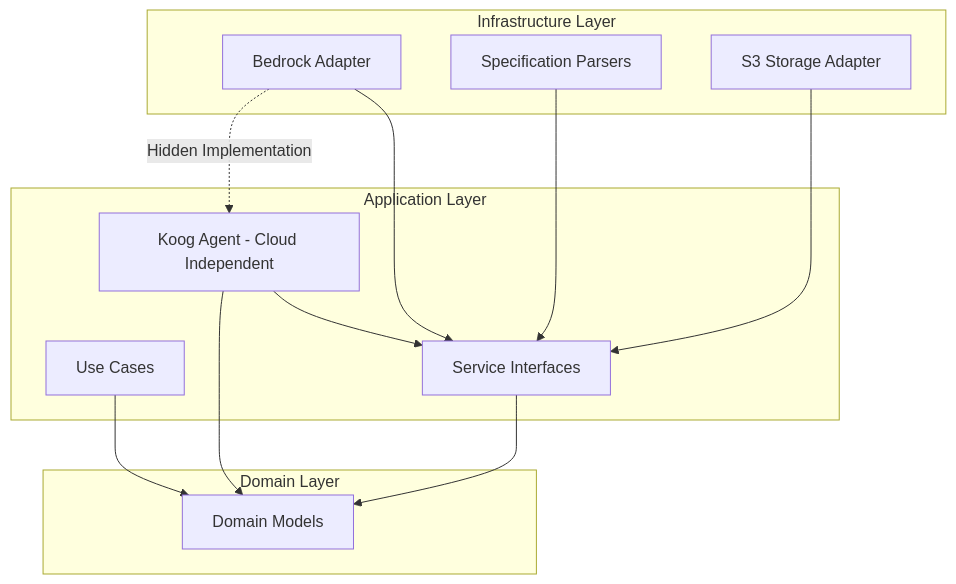
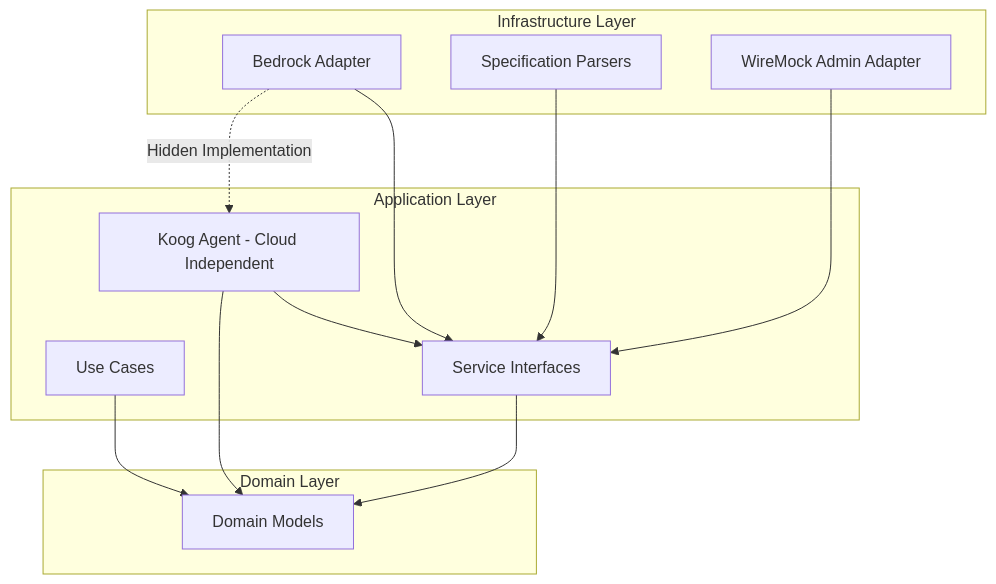
Before and after one commit to elenavanengelenmaslova/mocknest-serverless: the second of 2 diagrams in .kiro/specs/ai-mock-generation/design.md, drawn with Mermaid. The commit also changed other lines of this file and 2 other files, not shown here.

````diff
--- a/.kiro/specs/ai-mock-generation/design.md
+++ b/.kiro/specs/ai-mock-generation/design.md
@@ -114,29 +110,29 @@
 ```mermaid
 flowchart TB
     subgraph Domain["Domain Layer"]
         MODELS[Domain Models]
     end
     
     subgraph Application["Application Layer"]
         USECASES[Use Cases]
         KOOG[Koog Agent - Cloud Independent]
         INTERFACES[Service Interfaces]
     end
     
     subgraph Infrastructure["Infrastructure Layer"]
         BEDROCK[Bedrock Adapter]
         PARSERS[Specification Parsers]
-        STORAGE[S3 Storage Adapter]
+        WIREMOCK[WireMock Admin Adapter]
     end
     
     USECASES --> MODELS
     KOOG --> INTERFACES
     KOOG --> MODELS
     INTERFACES --> MODELS
     
     BEDROCK --> INTERFACES
     PARSERS --> INTERFACES
-    STORAGE --> INTERFACES
+    WIREMOCK --> INTERFACES
     
     BEDROCK -.->|Hidden Implementation| KOOG
 ```
````
